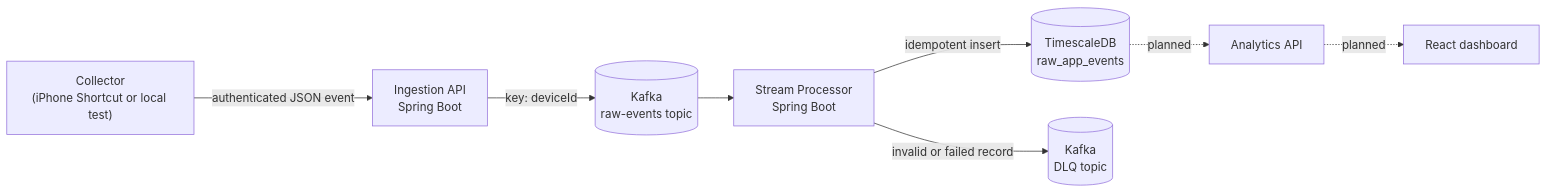
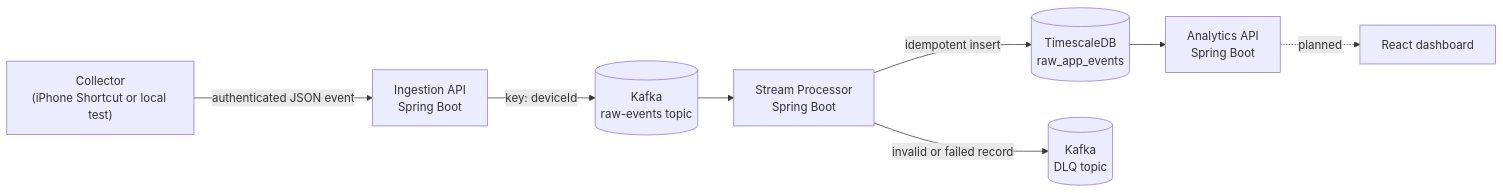
One commit to Monoji77/behavior changed the diagram in README.md. Above: the diagram before and after it, drawn with Mermaid. The commit also changed other lines of this file and 1 other file, not shown here.

Commit message:
docs: document analytics workflow

````diff
--- a/README.md
+++ b/README.md
@@ -9,11 +9,11 @@
 ```mermaid
 flowchart LR
     C["Collector\n(iPhone Shortcut or local test)"] -->|"authenticated JSON event"| I["Ingestion API\nSpring Boot"]
     I -->|"key: deviceId"| K[("Kafka\nraw-events topic")]
     K --> P["Stream Processor\nSpring Boot"]
     P -->|"idempotent insert"| T[("TimescaleDB\nraw_app_events")]
     P -->|"invalid or failed record"| D[("Kafka\nDLQ topic")]
 
-    T -. planned .-> A["Analytics API"]
+    T --> A["Analytics API\nSpring Boot"]
     A -. planned .-> U["React dashboard"]
 ```
````
